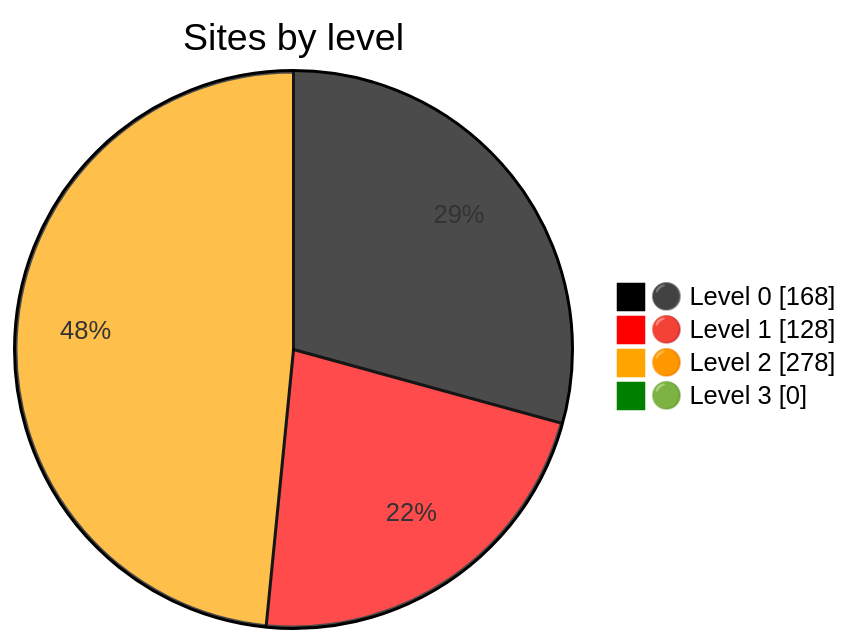
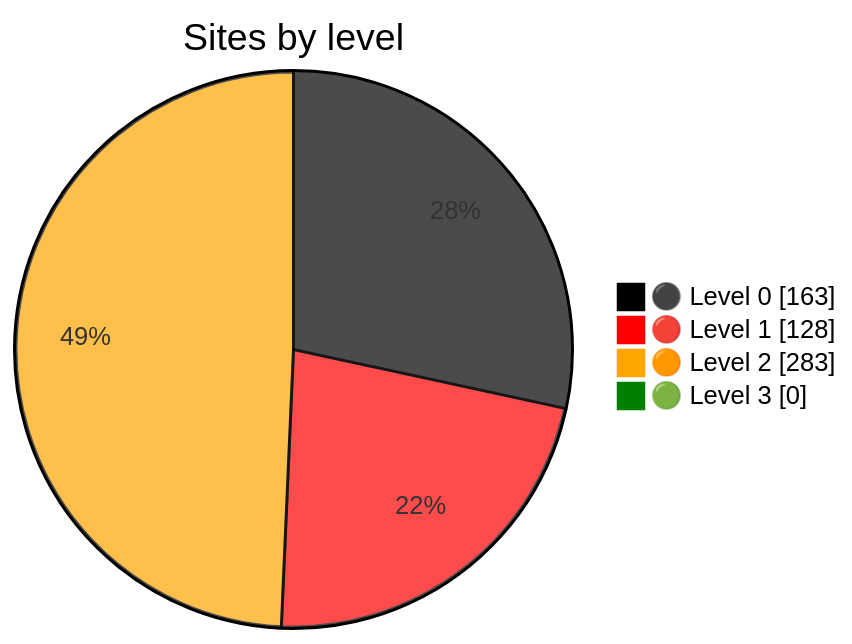
One commit to Dushmilan/gov_lk_web_auditor changed the diagram in README.md. Above: the diagram before and after it, drawn with Mermaid. The commit also changed other lines of this file and 2581 other files, not shown here.

````diff
--- a/README.md
+++ b/README.md
@@ -24,9 +24,9 @@
 ```mermaid
 %%{init: {"themeVariables":{"pie1":"black","pie2":"red","pie3":"orange","pie4":"green"}}}%%
 pie showData
     title Sites by level
-    "⚫ Level 0" : 168
+    "⚫ Level 0" : 163
     "🔴 Level 1" : 128
-    "🟠 Level 2" : 278
+    "🟠 Level 2" : 283
     "🟢 Level 3" : 0
 ```
````
